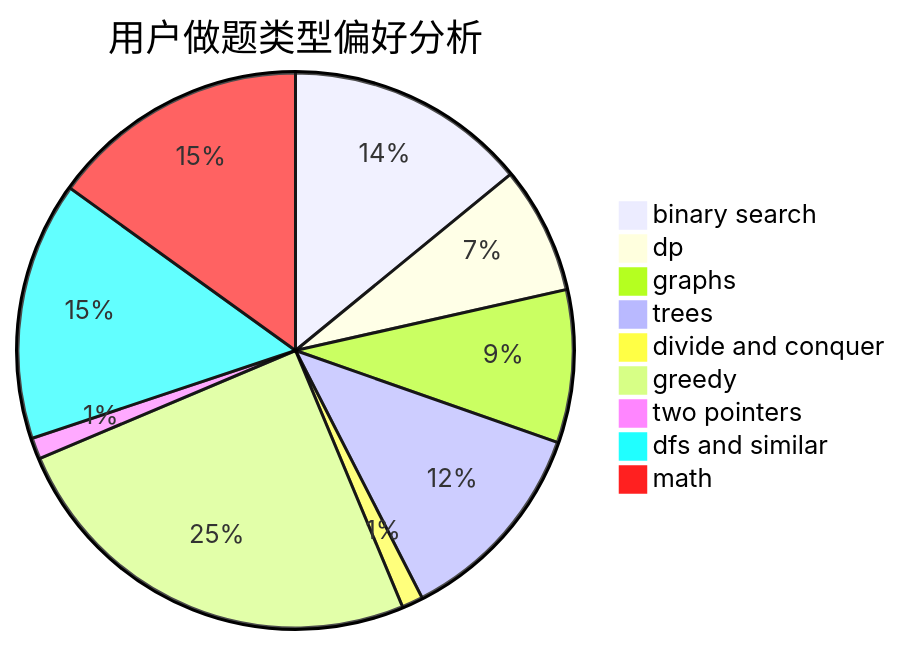
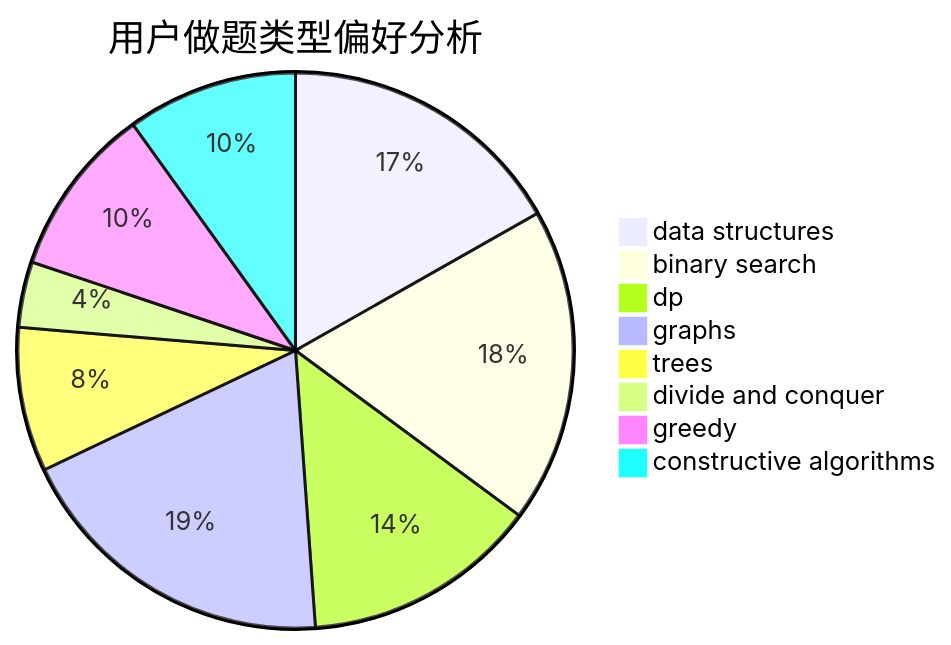
One commit to sherpahu/cfrs.github.io changed the second of 3 diagrams in docs/user/u1145.md. Above: the diagram before and after it, drawn with Mermaid. The commit also changed other lines of this file and 2775 other files, not shown here.

````diff
--- a/docs/user/u1145.md
+++ b/docs/user/u1145.md
@@ -23,12 +23,11 @@
 ```mermaid
 pie title 用户做题类型偏好分析
-    "binary search" :  57
-    "dp" :  30
-    "graphs" :  36
-    "trees" :  49
+    "data structures" :  22
+    "binary search" :  24
+    "dp" :  18
+    "graphs" :  25
+    "trees" :  11
     "divide and conquer" :  5
-    "greedy" :  101
-    "two pointers" :  5
-    "dfs and similar" :  61
-    "math" :  61
+    "greedy" :  13
+    "constructive algorithms" :  13
 ```
````
